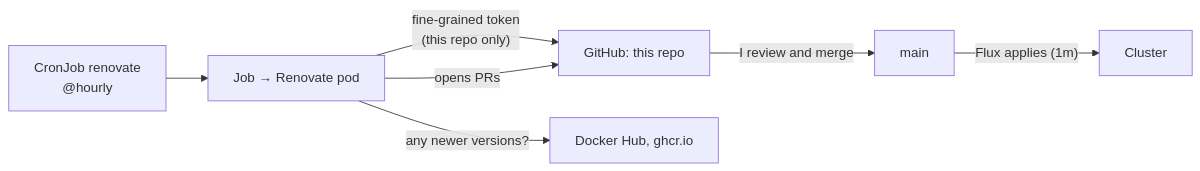
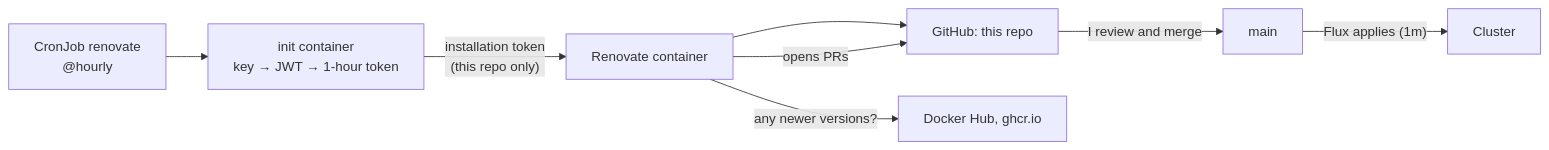
The fifth of 5 diagrams in docs/gitops-apps.md (turpinator-x/homelab), drawn with Mermaid before and after one commit. The commit also changed other lines of this file and 1 other file, not shown here.

Commit message:
docs: Renovate as a GitHub App with 1-hour tokens

````diff
--- a/docs/gitops-apps.md
+++ b/docs/gitops-apps.md
@@ -175,9 +175,10 @@
 ```mermaid
 flowchart LR
-    C["CronJob renovate<br>@hourly"] --> J["Job → Renovate pod"]
-    J -- "fine-grained token<br>(this repo only)" --> GH["GitHub: this repo"]
+    C["CronJob renovate<br>@hourly"] --> I["init container<br>key → JWT → 1-hour token"]
+    I -- "installation token<br>(this repo only)" --> J["Renovate container"]
+    J --> GH["GitHub: this repo"]
     J -- "any newer versions?" --> R["Docker Hub, ghcr.io"]
     J -- "opens PRs" --> GH
     GH -- "I review and merge" --> M["main"]
     M -- "Flux applies (1m)" --> K["Cluster"]
 ```
````
